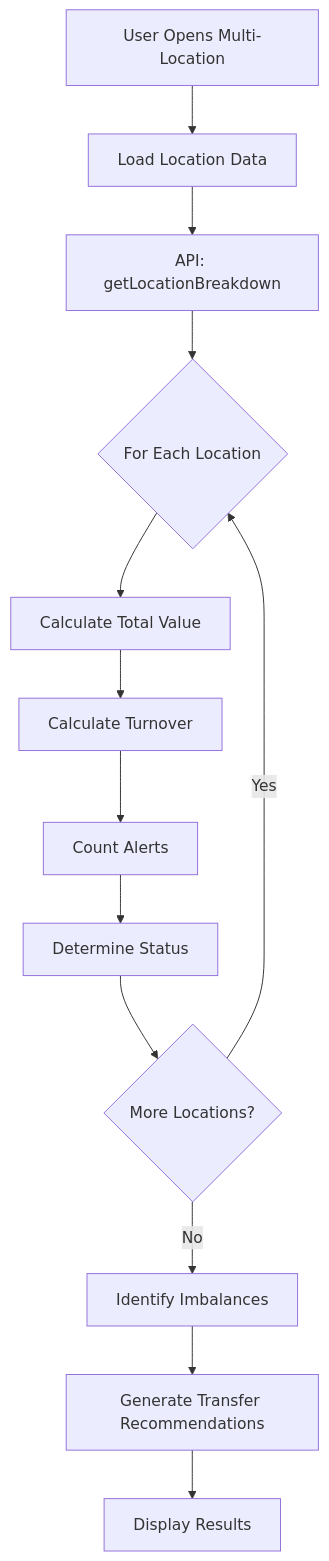
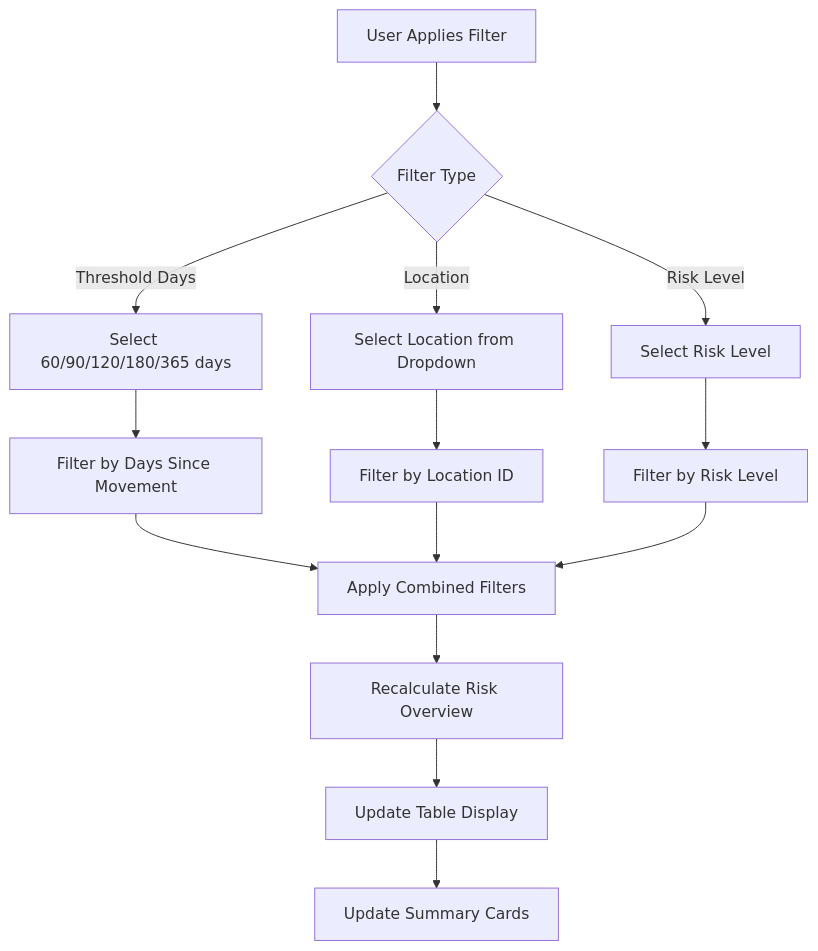
Diagram 13 of 32 in docs/app/operational-planning/inventory-planning/FD-inventory-planning.md (PeakMNA/carmen), drawn with Mermaid before and after one commit. The commit also changed other lines of this file and 473 other files, not shown here.

````diff
--- a/docs/app/operational-planning/inventory-planning/FD-inventory-planning.md
+++ b/docs/app/operational-planning/inventory-planning/FD-inventory-planning.md
@@ -291,18 +312,20 @@
 ```mermaid
 graph TB
-    A[User Opens Multi-Location] --> B[Load Location Data]
-    B --> C[API: getLocationBreakdown]
+    A[User Applies Filter] --> B{Filter Type}
 
-    C --> D{For Each Location}
-    D --> E[Calculate Total Value]
-    E --> F[Calculate Turnover]
-    F --> G[Count Alerts]
-    G --> H[Determine Status]
-    H --> I{More Locations?}
+    B -->|Threshold Days| C[Select 60/90/120/180/365 days]
+    B -->|Location| D[Select Location from Dropdown]
+    B -->|Risk Level| E[Select Risk Level]
 
-    I -->|Yes| D
-    I -->|No| J[Identify Imbalances]
+    C --> F[Filter by Days Since Movement]
+    D --> G[Filter by Location ID]
+    E --> H[Filter by Risk Level]
 
-    J --> K[Generate Transfer Recommendations]
-    K --> L[Display Results]
+    F --> I[Apply Combined Filters]
+    G --> I
+    H --> I
+
+    I --> J[Recalculate Risk Overview]
+    J --> K[Update Table Display]
+    K --> L[Update Summary Cards]
 ```
````
